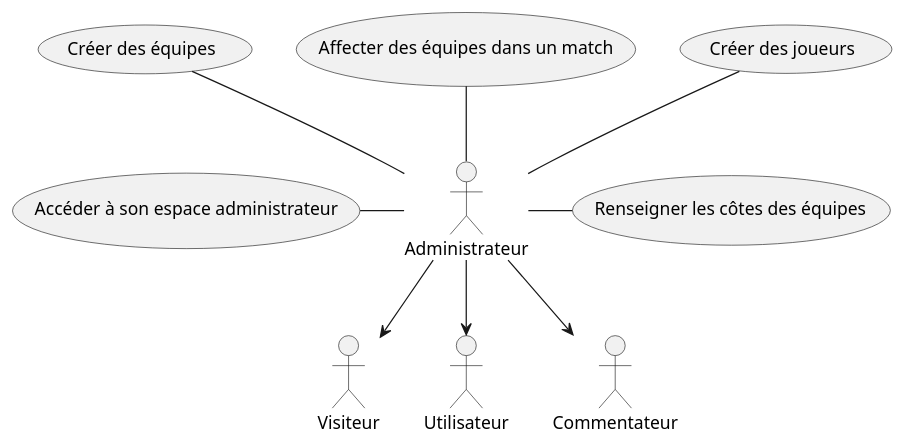
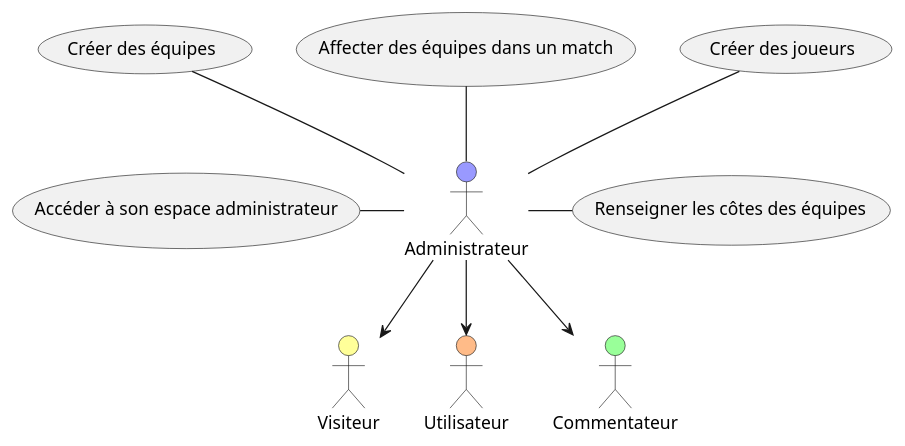
Before and after one commit to kcdln/Smash-Bowl: the fourth of 4 diagrams in #documents/OLD/Diagramme de cas d_utilisation.OLD.md, drawn with PlantUML. The commit also changed other lines of this file and 1 other file, not shown here.

Commit message:
Add sequential diagram & colored actors into both diagrams

```diff
--- a/#documents/OLD/Diagramme de cas d_utilisation.OLD.md
+++ b/#documents/OLD/Diagramme de cas d_utilisation.OLD.md
@@ -57,18 +58,18 @@
 @startuml
 
-actor Visiteur
-actor Utilisateur
-actor Commentateur
-actor Administrateur
+actor Visiteur #ffff99
+actor Utilisateur #ffbb88
+actor Commentateur #99ff99
+actor Administrateur #9999ff
 
 Visiteur <-up- Administrateur
 Utilisateur <-up- Administrateur
 Commentateur <-up- Administrateur
 
 Administrateur -left- (Accéder à son espace administrateur)
 Administrateur -right- (Renseigner les côtes des équipes)
 Administrateur -up- (Créer des joueurs)
 Administrateur -up- (Affecter des équipes dans un match)
 Administrateur -up- (Créer des équipes)
 
 @enduml
```
